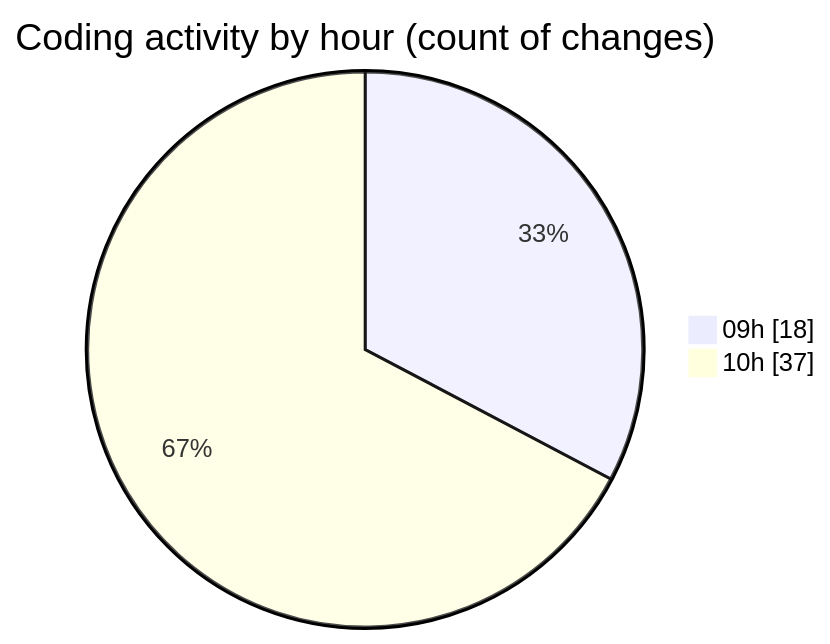
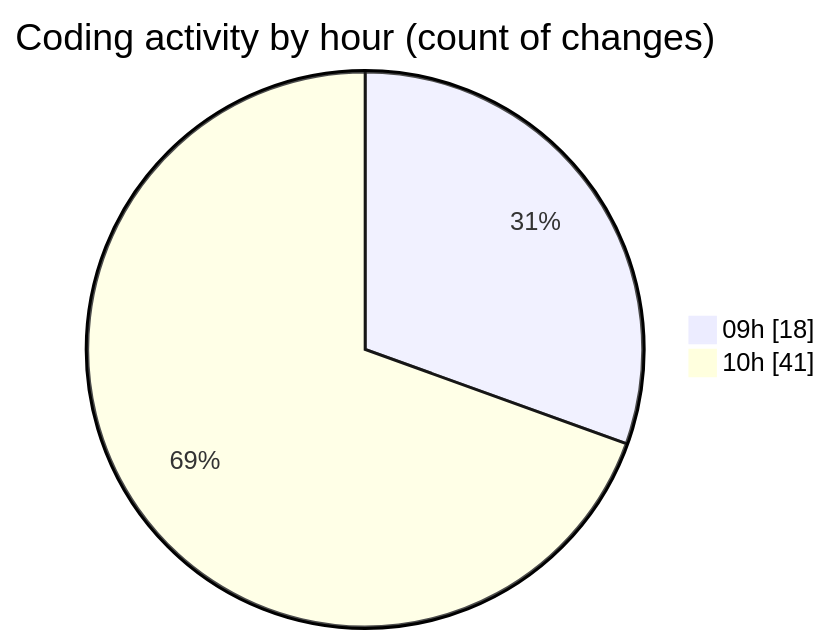
The second of 2 diagrams in 2025-02-11/cda/README.md (momahboobian/code-tracking), drawn with Mermaid before and after one commit. The commit also changed other lines of this file and 1 other file, not shown here.

````diff
--- a/2025-02-11/cda/README.md
+++ b/2025-02-11/cda/README.md
@@ -30,6 +30,6 @@
 ```mermaid
 pie showData
 title Coding activity by hour (count of changes)
 "09h" : 18
-"10h" : 37
+"10h" : 41
 ```
````
